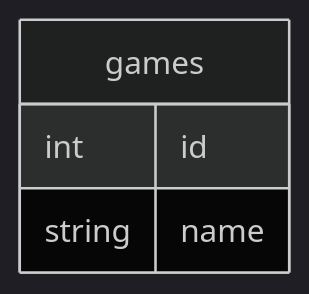
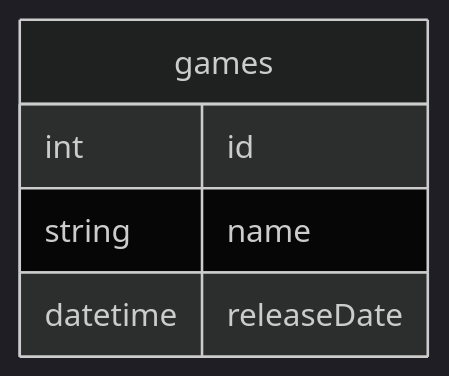
The second of 2 diagrams in README.md (Haikira/VGLogger), drawn with Mermaid before and after one commit.

````diff
--- a/README.md
+++ b/README.md
@@ -36,11 +36,12 @@
 ``` mermaid
 %%{init: {'theme': 'dark' } }%%
 
 erDiagram
 
         games {
                 int id
                 string name
+                datetime releaseDate
             }
 
 ```
````
